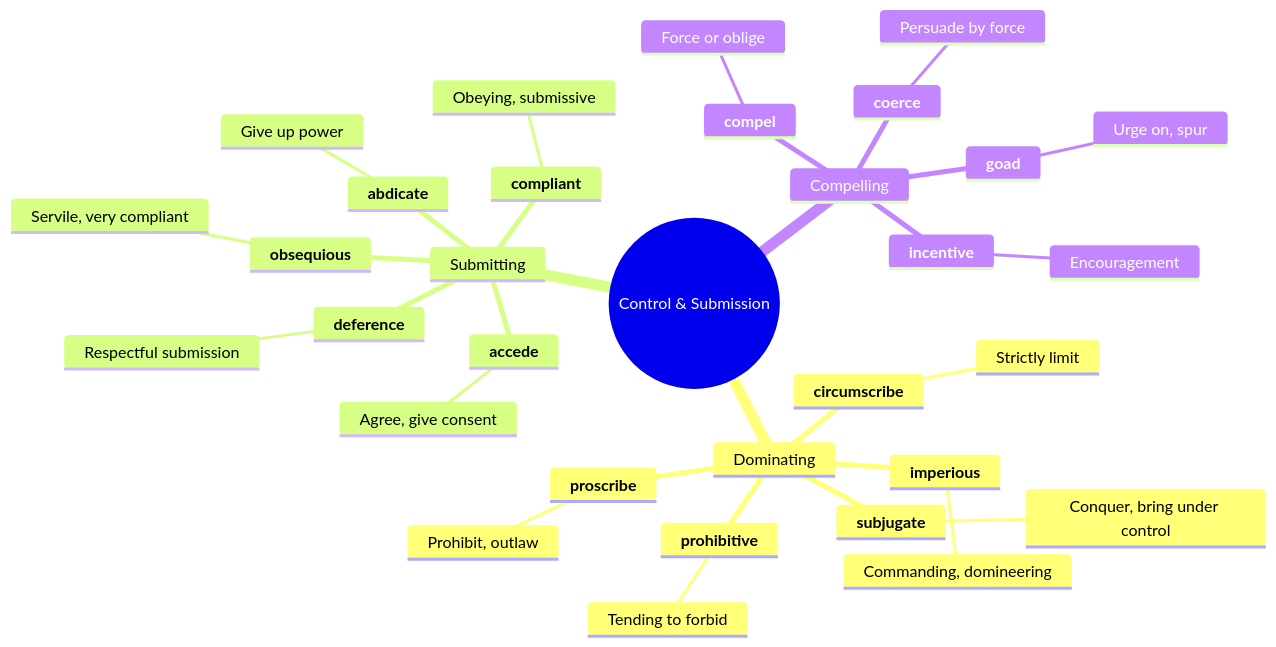
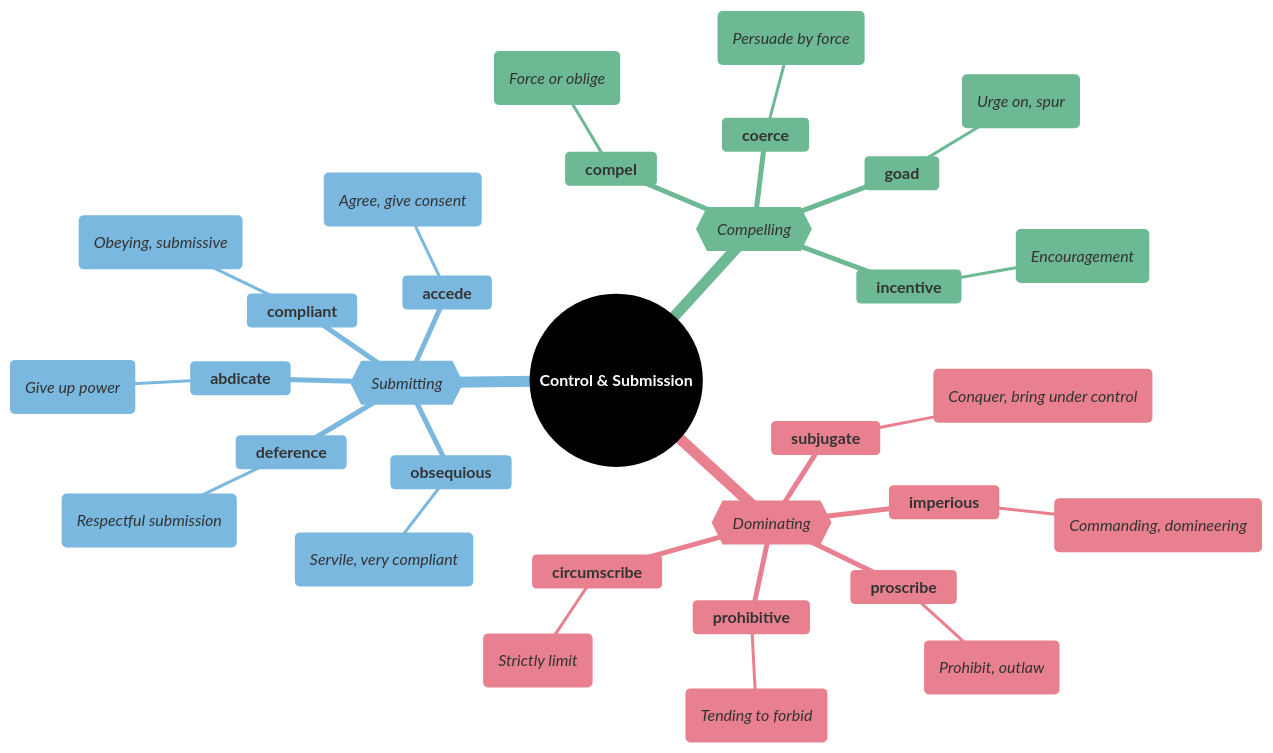
Before and after one commit to 95anantsingh/gre-preparation: the third of 7 diagrams in mindmaps/09-power-and-authority.md, drawn with Mermaid. The commit also changed other lines of this file and 14 other files, not shown here.

````diff
--- a/mindmaps/09-power-and-authority.md
+++ b/mindmaps/09-power-and-authority.md
@@ -140,35 +196,54 @@
 ```mermaid
+%%{
+  init: {
+    "theme": "base",
+    "themeVariables": {
+      "primaryColor": "#000000",
+      "cScale1": "#e8808f",  "cScaleInv1": "#a33445",
+      "cScale2": "#7bb8e0",  "cScaleInv2": "#266a93",
+      "cScale3": "#6db993",  "cScaleInv3": "#23543f",
+      "cScale4": "#f5d07a",  "cScaleInv4": "#c4903b",
+      "cScale5": "#b08fcc",  "cScaleInv5": "#5d3b75",
+      "cScale6": "#74dace",  "cScaleInv6": "#217d72",
+      "cScale7": "#f09570",  "cScaleInv7": "#b84112",
+      "cScale8": "#8ea8c2",  "cScaleInv8": "#32465e",
+      "cScale9": "#cc7fba",  "cScaleInv9": "#7d2868",
+      "cScale10": "#c99a78", "cScaleInv10": "#7c4e32",
+      "cScale11": "#a3a3a3", "cScaleInv11": "#3d3d3d"
+    }
+  }
+}%%
 mindmap
-  root((Control & Submission))
-    Dominating
+  root((<font color=white>**Control & Submission**</font>))
+    {{_Dominating_}}
       **imperious**
-        Commanding, domineering
+        (_Commanding, domineering_)
       **subjugate**
-        Conquer, bring under control
+        (_Conquer, bring under control_)
       **circumscribe**
-        Strictly limit
+        (_Strictly limit_)
       **proscribe**
-        Prohibit, outlaw
+        (_Prohibit, outlaw_)
       **prohibitive**
-        Tending to forbid
-    Submitting
+        (_Tending to forbid_)
+    {{_Submitting_}}
       **obsequious**
-        Servile, very compliant
+        (_Servile, very compliant_)
       **compliant**
-        Obeying, submissive
+        (_Obeying, submissive_)
       **deference**
-        Respectful submission
+        (_Respectful submission_)
       **accede**
-        Agree, give consent
+        (_Agree, give consent_)
       **abdicate**
-        Give up power
-    Compelling
+        (_Give up power_)
+    {{_Compelling_}}
       **compel**
-        Force or oblige
+        (_Force or oblige_)
       **coerce**
-        Persuade by force
+        (_Persuade by force_)
       **goad**
-        Urge on, spur
+        (_Urge on, spur_)
       **incentive**
-        Encouragement
+        (_Encouragement_)
 ```
````
